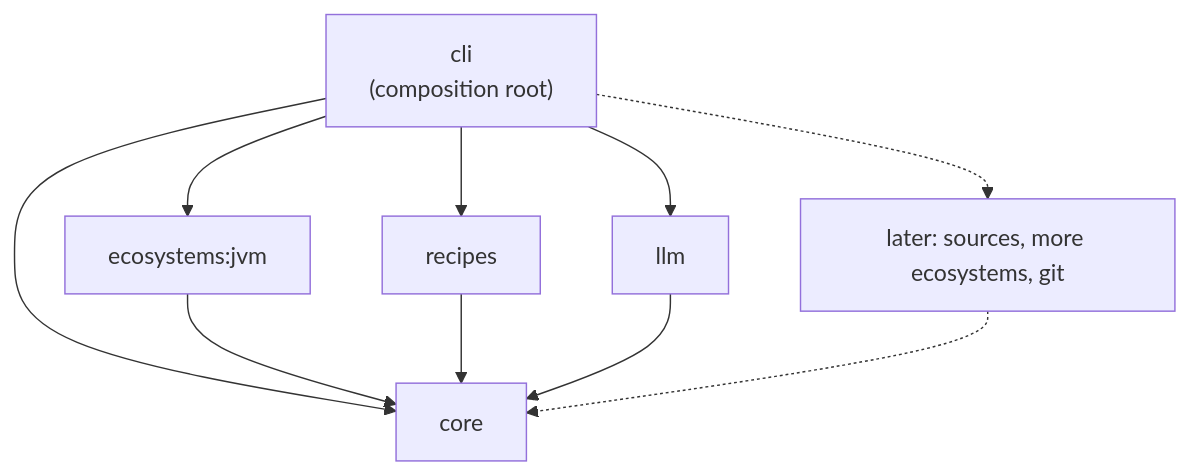
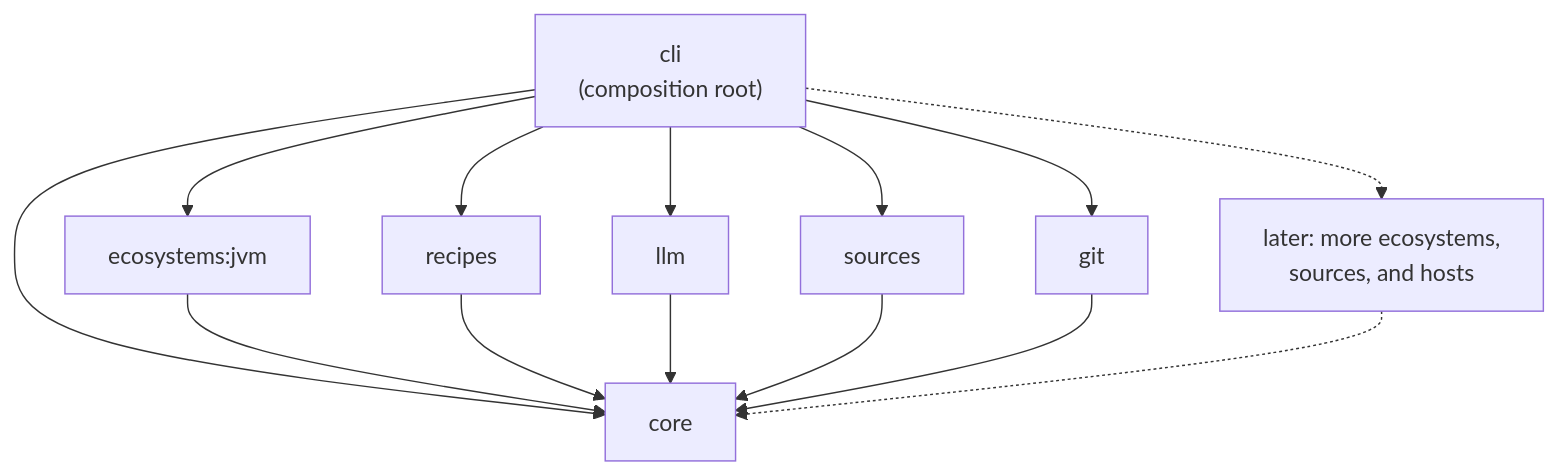
Before and after one commit to danvan86/lector-ai: the second of 6 diagrams in docs/architecture/project-skeleton.md, drawn with Mermaid. The commit also changed other lines of this file and 7 other files, not shown here.

First line of the commit message:
docs: document the PR pipeline, and bring the architecture docs up to M5

````diff
--- a/docs/architecture/project-skeleton.md
+++ b/docs/architecture/project-skeleton.md
@@ -48,12 +50,16 @@
 ```mermaid
 flowchart TB
     cli["cli<br/>(composition root)"] --> core
     jvm["ecosystems:jvm"] --> core
     cli --> jvm
     recipes --> core
     cli --> recipes
     llm --> core
     cli --> llm
-    later["later: sources, more ecosystems, git"] -.-> core
+    sources --> core
+    cli --> sources
+    git --> core
+    cli --> git
+    later["later: more ecosystems,<br/>sources, and hosts"] -.-> core
     cli -.-> later
 ```
````
